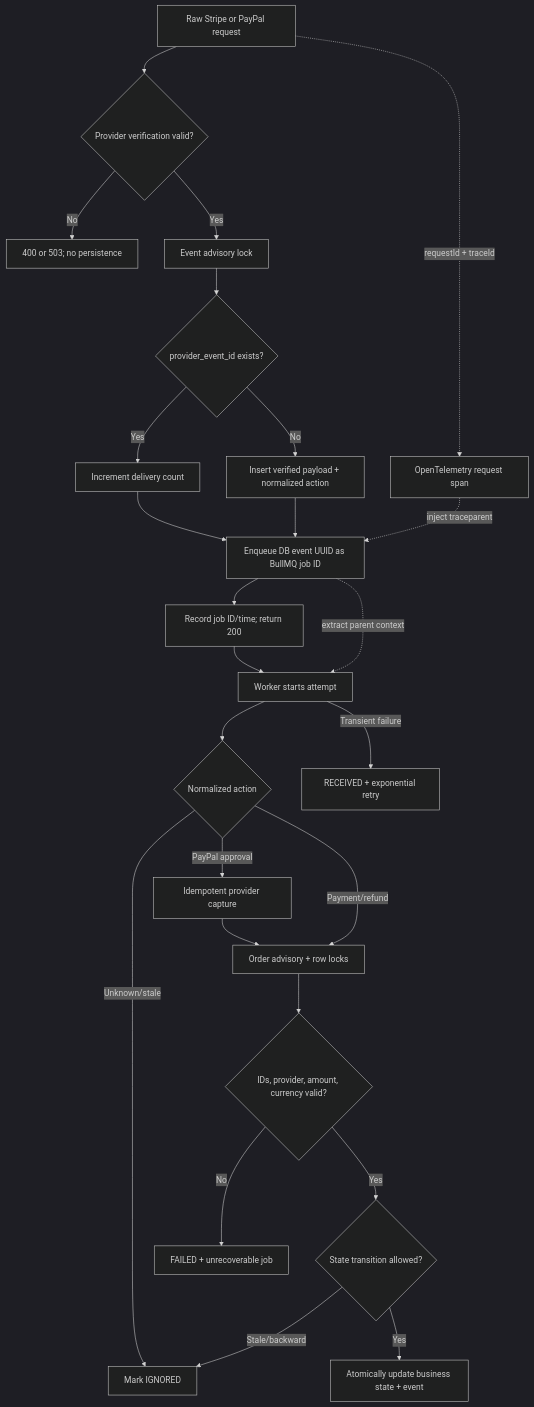
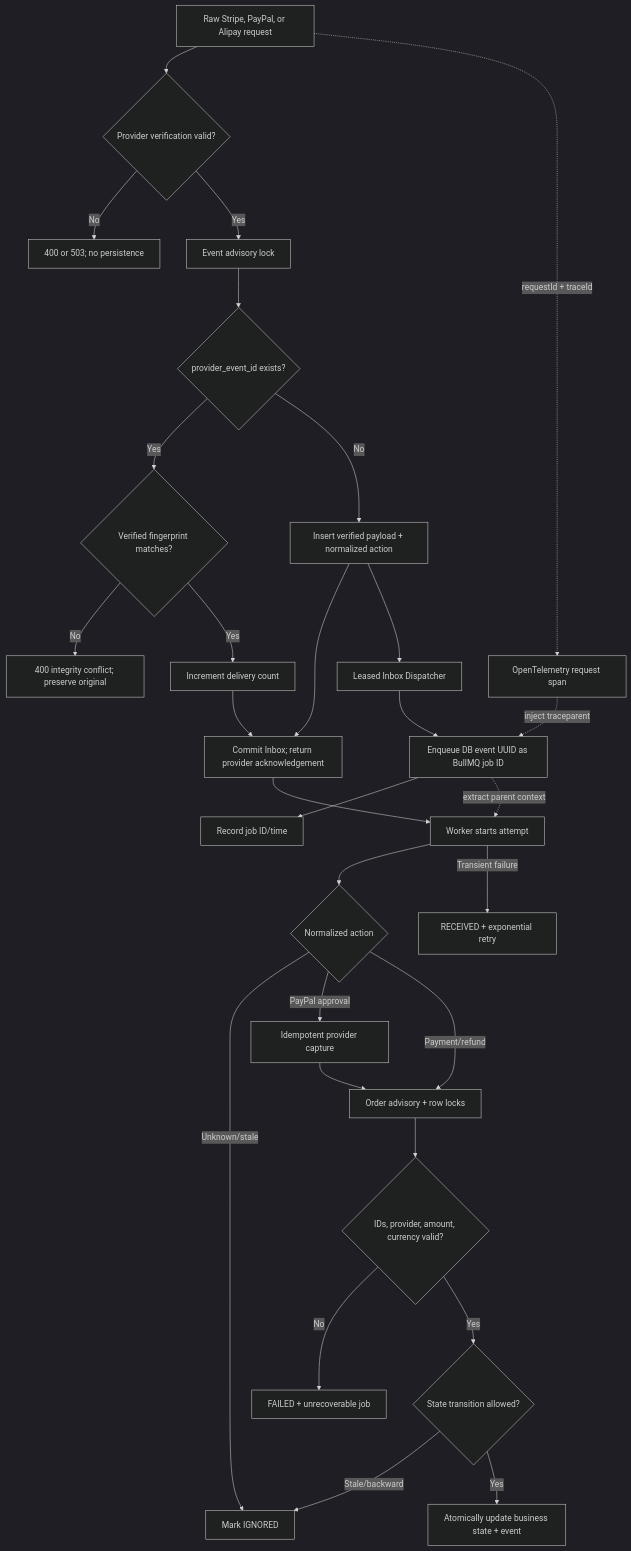
The diagram in docs/webhook-design.md (tianhao8687/payflow), drawn with Mermaid (dark theme) before and after one commit. The commit also changed other lines of this file and 95 other files, not shown here.

````diff
--- a/docs/webhook-design.md
+++ b/docs/webhook-design.md
@@ -20,27 +24,31 @@
 ```mermaid
 flowchart TD
-  Request[Raw Stripe or PayPal request] --> Verify{Provider verification valid?}
+  Request[Raw Stripe, PayPal, or Alipay request] --> Verify{Provider verification valid?}
   Request -. requestId + traceId .-> Trace[OpenTelemetry request span]
   Verify -->|No| Reject[400 or 503; no persistence]
   Verify -->|Yes| EventLock[Event advisory lock]
   EventLock --> Existing{provider_event_id exists?}
-  Existing -->|Yes| Delivery[Increment delivery count]
+  Existing -->|Yes| Fingerprint{Verified fingerprint matches?}
+  Fingerprint -->|No| Conflict[400 integrity conflict; preserve original]
+  Fingerprint -->|Yes| Delivery[Increment delivery count]
   Existing -->|No| Persist[Insert verified payload + normalized action]
-  Persist --> Enqueue[Enqueue DB event UUID as BullMQ job ID]
+  Persist --> Accepted[Commit Inbox; return provider acknowledgement]
+  Delivery --> Accepted
+  Persist --> Dispatcher[Leased Inbox Dispatcher]
+  Dispatcher --> Enqueue[Enqueue DB event UUID as BullMQ job ID]
   Trace -. inject traceparent .-> Enqueue
-  Delivery --> Enqueue
-  Enqueue --> Accepted[Record job ID/time; return 200]
+  Enqueue --> Queued[Record job ID/time]
   Accepted --> Worker[Worker starts attempt]
   Enqueue -. extract parent context .-> Worker
   Worker --> Action{Normalized action}
   Action -->|Unknown/stale| Ignore[Mark IGNORED]
   Action -->|PayPal approval| Capture[Idempotent provider capture]
   Action -->|Payment/refund| Lock[Order advisory + row locks]
   Capture --> Lock
   Lock --> Validate{IDs, provider, amount, currency valid?}
   Validate -->|No| Permanent[FAILED + unrecoverable job]
   Validate -->|Yes| Transition{State transition allowed?}
   Transition -->|Stale/backward| Ignore
   Transition -->|Yes| Atomic[Atomically update business state + event]
   Worker -->|Transient failure| Retry[RECEIVED + exponential retry]
 ```
````
